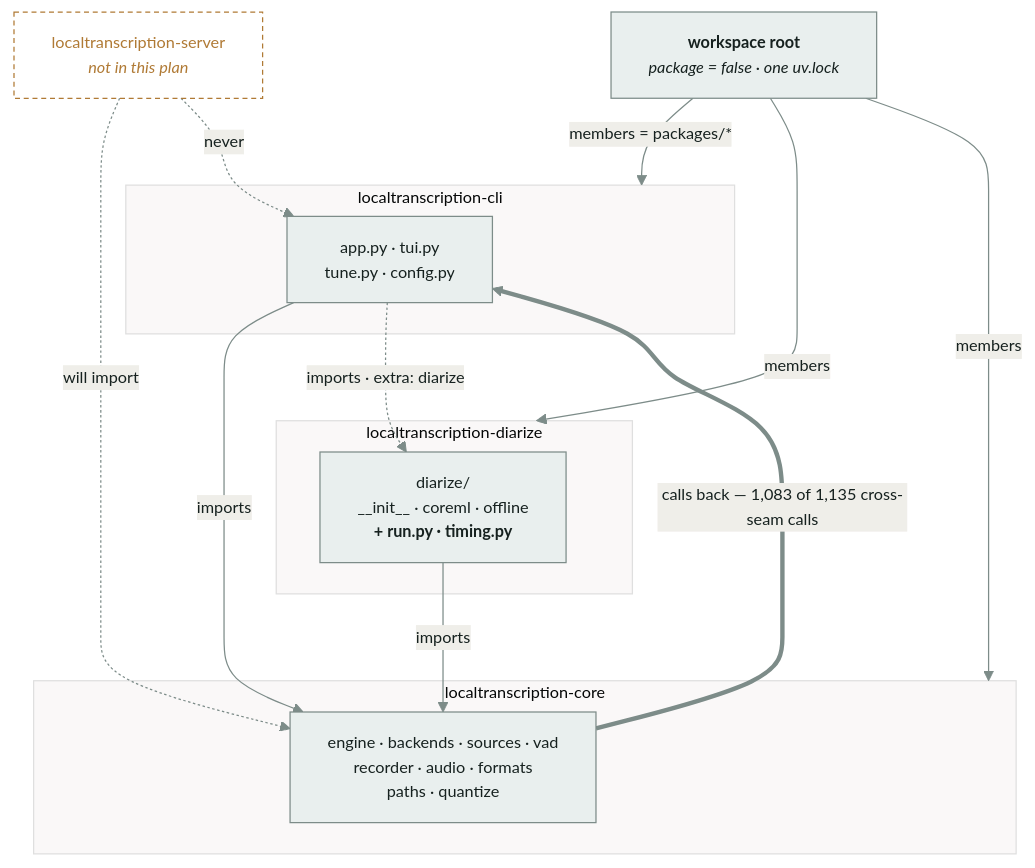
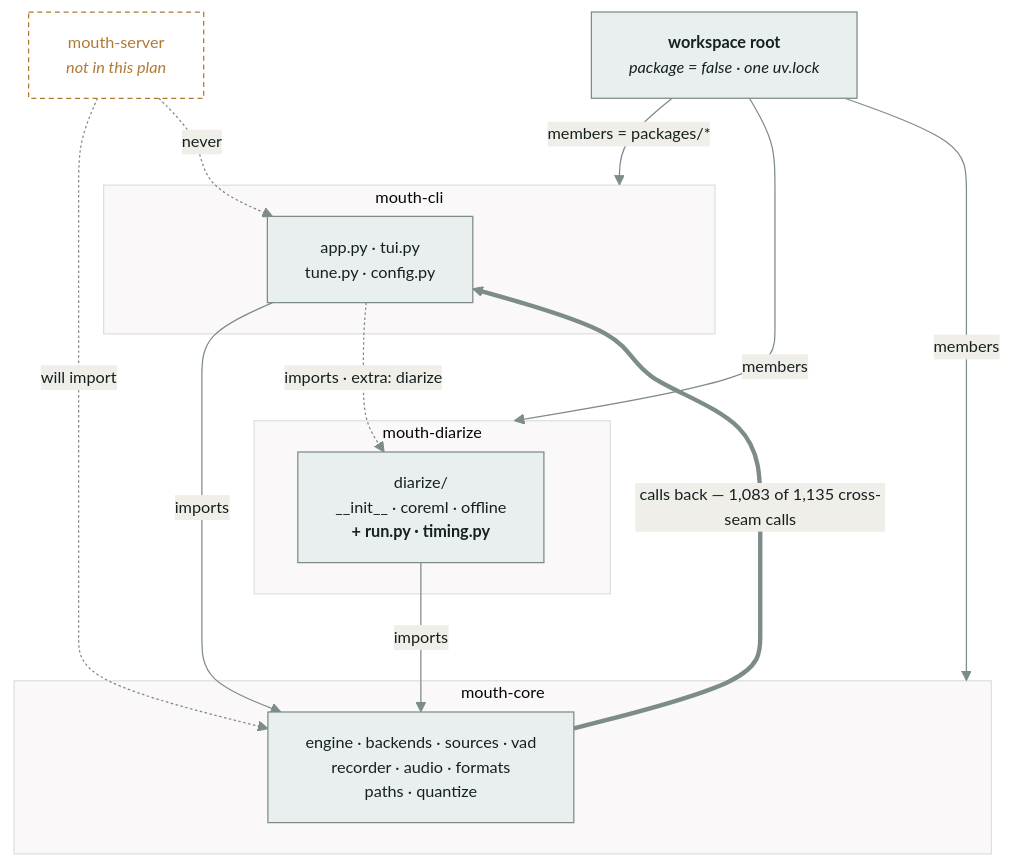
The first of 2 diagrams in docs/plans/2026-08-21-uv-workspace.md (apostolos-geyer/mouth), drawn with Mermaid before and after one commit. The commit also changed other lines of this file and 26 other files, not shown here.

````diff
--- a/docs/plans/2026-08-21-uv-workspace.md
+++ b/docs/plans/2026-08-21-uv-workspace.md
@@ -93,32 +93,32 @@
 ```mermaid
 %%{init: {"theme":"base","themeVariables":{"primaryColor":"#e9efee","primaryTextColor":"#16211f","primaryBorderColor":"#7d8c89","lineColor":"#7d8c89","fontFamily":"IBM Plex Mono, ui-monospace, monospace","fontSize":"13px"}}}%%
 graph TD
     root["<b>workspace root</b><br/><i>package = false · one uv.lock</i>"]
 
-    subgraph cliPkg["localtranscription-cli"]
+    subgraph cliPkg["mouth-cli"]
       app["app.py · tui.py<br/>tune.py · config.py"]
     end
 
-    subgraph diaPkg["localtranscription-diarize"]
+    subgraph diaPkg["mouth-diarize"]
       dia["diarize/<br/>__init__ · coreml · offline<br/><b>+ run.py · timing.py</b>"]
     end
 
-    subgraph corePkg["localtranscription-core"]
+    subgraph corePkg["mouth-core"]
       core["engine · backends · sources · vad<br/>recorder · audio · formats<br/>paths · quantize"]
     end
 
-    future["localtranscription-server<br/><i>not in this plan</i>"]
+    future["mouth-server<br/><i>not in this plan</i>"]
 
     root -->|"members = packages/*"| cliPkg
     root -->|"members"| diaPkg
     root -->|"members"| corePkg
     app -->|"imports"| core
     app -.->|"imports · extra: diarize"| dia
     dia -->|"imports"| core
     core ==>|"calls back — 1,083 of 1,135 cross-seam calls"| app
     future -.->|"will import"| core
     future -.->|"never"| app
 
     classDef ghost fill:none,stroke:#b07a35,stroke-dasharray:4 3,color:#b07a35;
     class future ghost;
 ```
````
